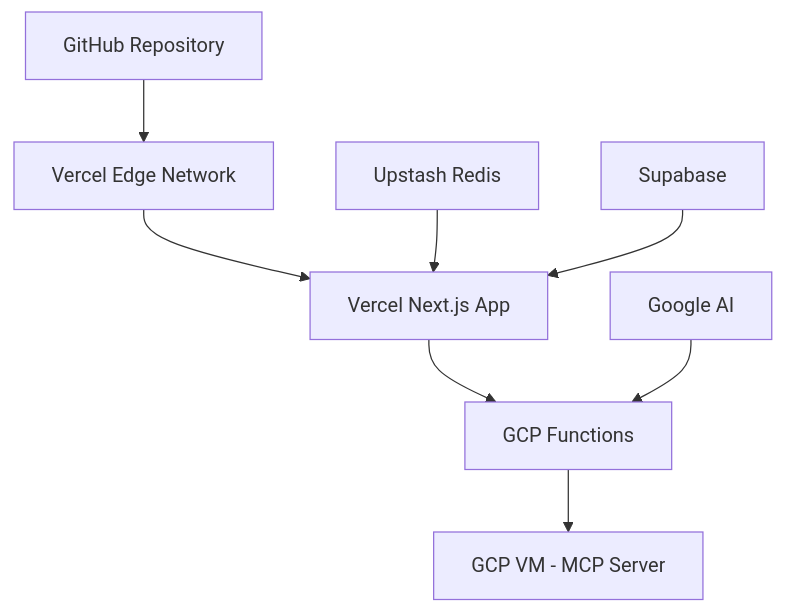
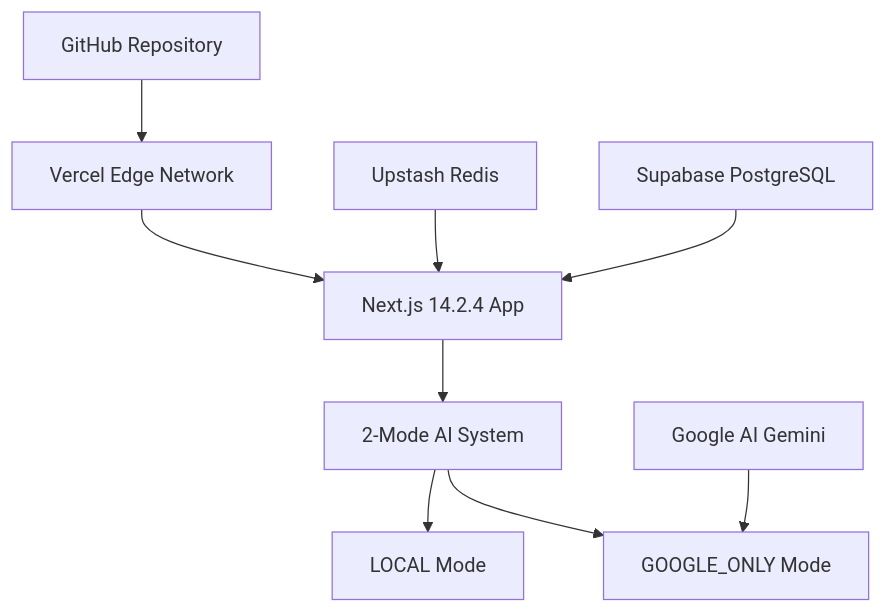
One commit to skyasu2/openmanager-vibe-v5 changed the diagram in docs/quick-start/deployment-guide.md. Above: the diagram before and after it, drawn with Mermaid. The commit also changed other lines of this file and 74 other files, not shown here.

````diff
--- a/docs/quick-start/deployment-guide.md
+++ b/docs/quick-start/deployment-guide.md
@@ -26,11 +26,12 @@
 ```mermaid
 graph TB
     A[GitHub Repository] --> B[Vercel Edge Network]
-    B --> C[Vercel Next.js App]
-    C --> D[GCP Functions]
-    D --> E[GCP VM - MCP Server]
+    B --> C[Next.js 14.2.4 App]
+    C --> D[2-Mode AI System]
+    D --> E[LOCAL Mode]
+    D --> F[GOOGLE_ONLY Mode]
 
-    F[Upstash Redis] --> C
-    G[Supabase] --> C
-    H[Google AI] --> D
+    G[Upstash Redis] --> C
+    H[Supabase PostgreSQL] --> C
+    I[Google AI Gemini] --> F
 ```
````
